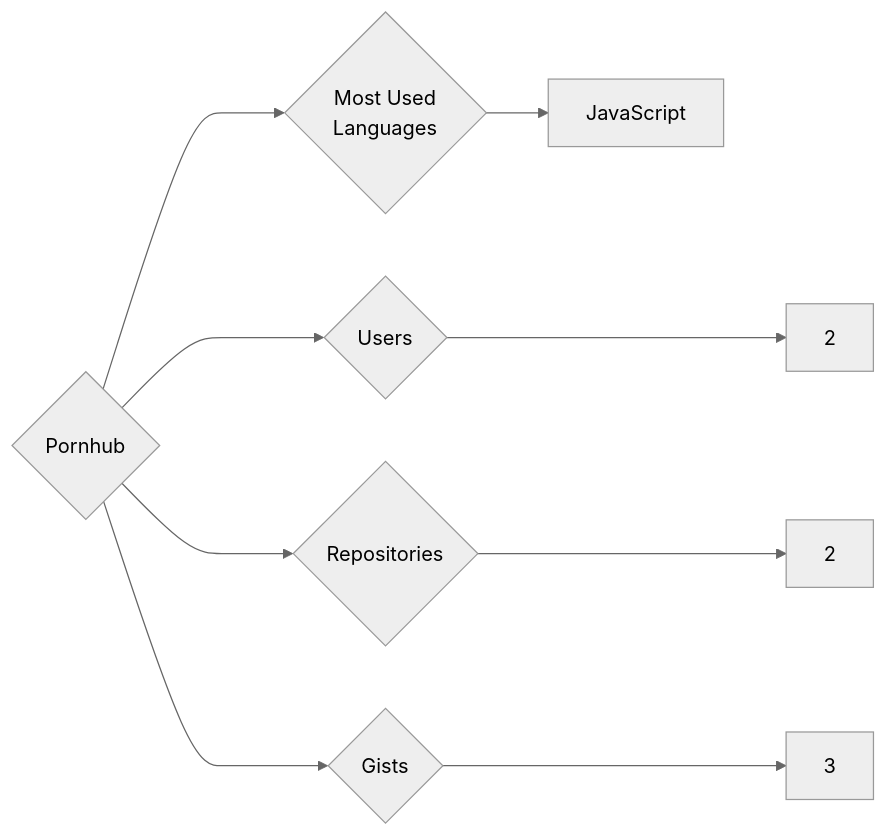
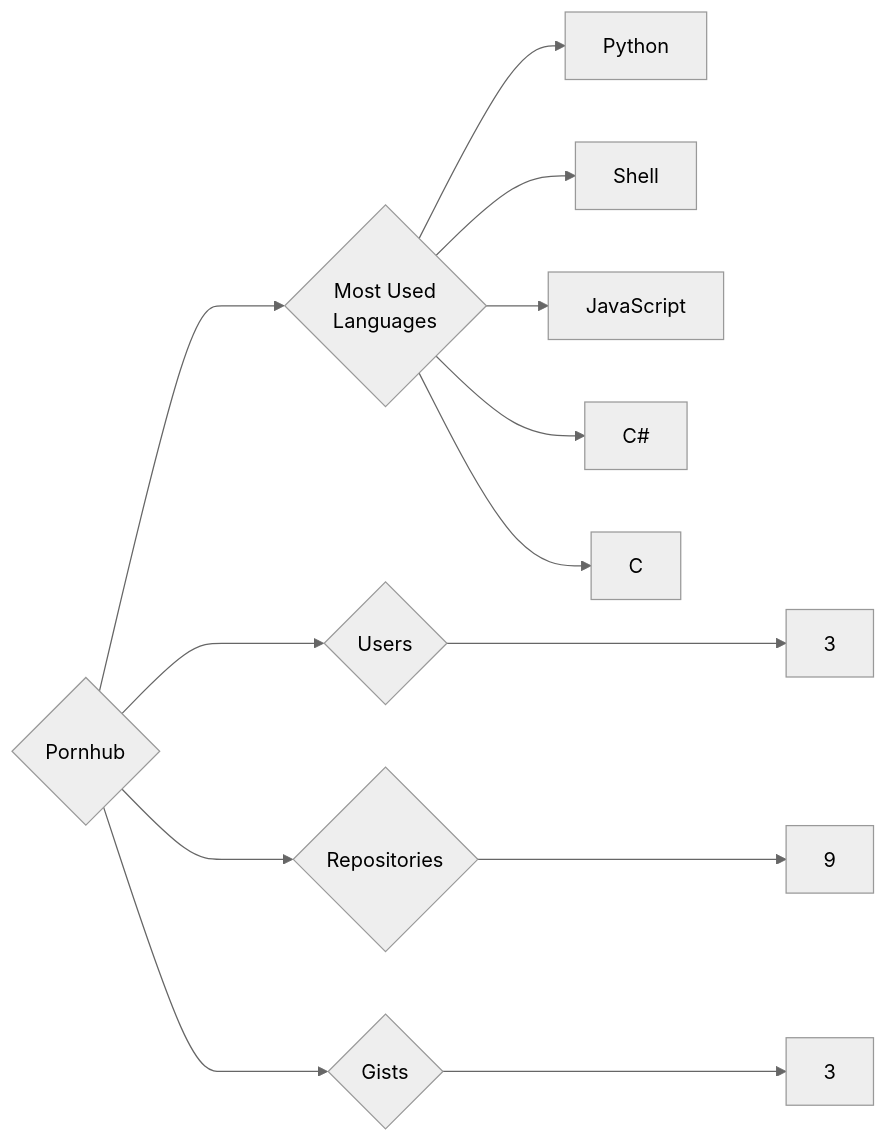
The diagram in targets/Pornhub/README.md (trickest/insiders), drawn with Mermaid (neutral theme) before and after one commit. The commit also changed 1508 other files, not shown here.

````diff
--- a/targets/Pornhub/README.md
+++ b/targets/Pornhub/README.md
@@ -3,9 +3,13 @@
 ```mermaid
 graph LR
 COMPANY_NAME{Pornhub}
-COMPANY_NAME ---> U{Users} ---> UN[2]
-COMPANY_NAME ---> R{Repositories} ---> RN[2]
+COMPANY_NAME ---> U{Users} ---> UN[3]
+COMPANY_NAME ---> R{Repositories} ---> RN[9]
 COMPANY_NAME ---> G{Gists} ---> GN[3]
 COMPANY_NAME ---> ML{Most Used<br>Languages}
+ML --> Python[Python]
+ML --> Shell[Shell]
 ML --> JavaScript[JavaScript]
+ML --> C#[C#]
+ML --> C[C]
 ```
````
